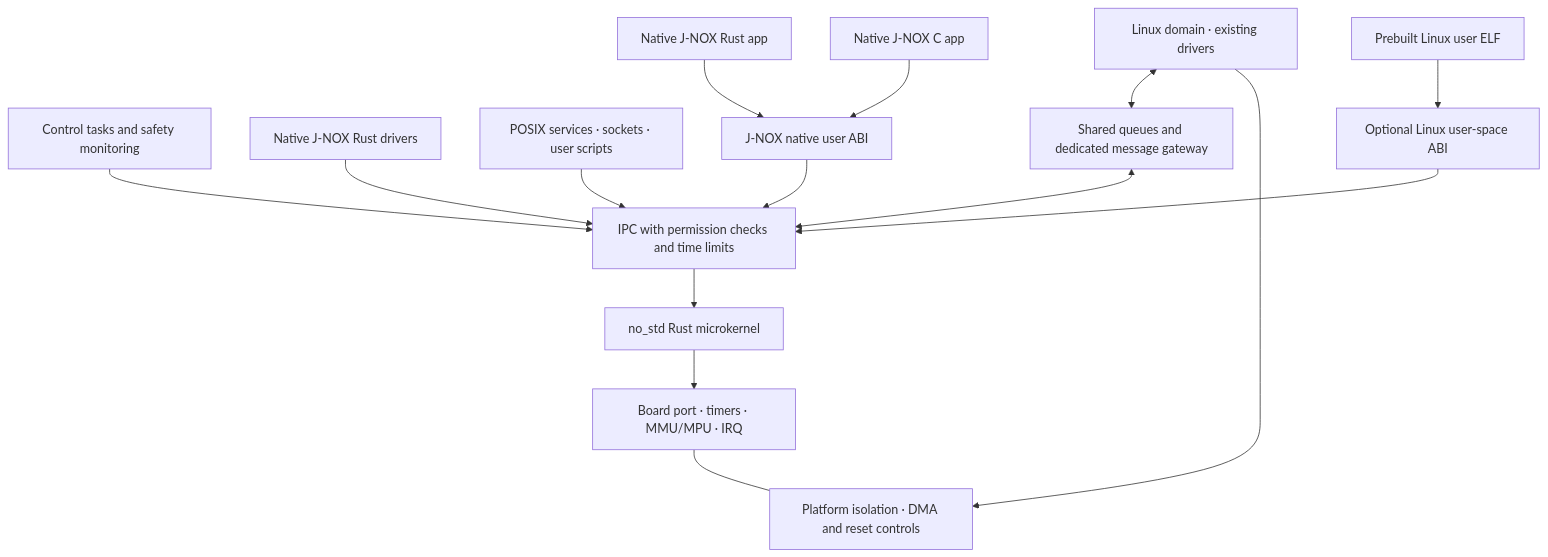
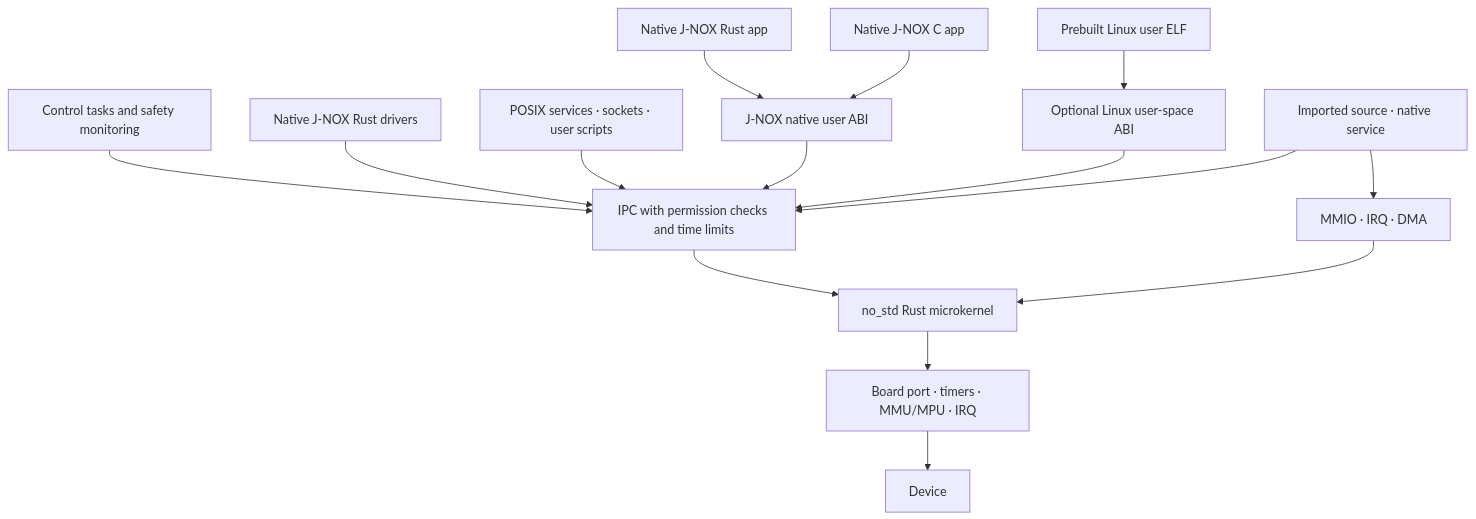
One commit to Romanof123/JNOX changed the diagram in docs/architecture.en.md. Above: the diagram before and after it, drawn with Mermaid. The commit also changed other lines of this file and 28 other files, not shown here.

Commit message:
Implement original Linux RTC driver source as a native JNOX EL0 service

````diff
--- a/docs/architecture.en.md
+++ b/docs/architecture.en.md
@@ -5,17 +5,17 @@
 ```mermaid
 flowchart TB
   CONTROL[Control tasks and safety monitoring] --> IPC[IPC with permission checks and time limits]
   NATIVE[Native J-NOX Rust drivers] --> IPC
   APPS[POSIX services · sockets · user scripts] --> IPC
   RUST[Native J-NOX Rust app] --> SDK[J-NOX native user ABI]
   CAPP[Native J-NOX C app] --> SDK
   SDK --> IPC
   ELF[Prebuilt Linux user ELF] --> COMPAT[Optional Linux user-space ABI]
   COMPAT --> IPC
   IPC --> KERNEL[no_std Rust microkernel]
-  LINUX[Linux domain · existing drivers] <--> GATE[Shared queues and dedicated message gateway]
-  GATE <--> IPC
+  IMPORT[Imported source · native service] --> IPC
+  IMPORT --> CAPS[MMIO · IRQ · DMA]
   KERNEL --> BSP[Board port · timers · MMU/MPU · IRQ]
-  LINUX --> PART[Platform isolation · DMA and reset controls]
-  BSP --- PART
+  CAPS --> KERNEL
+  BSP --> HW[Device]
 ```
````
